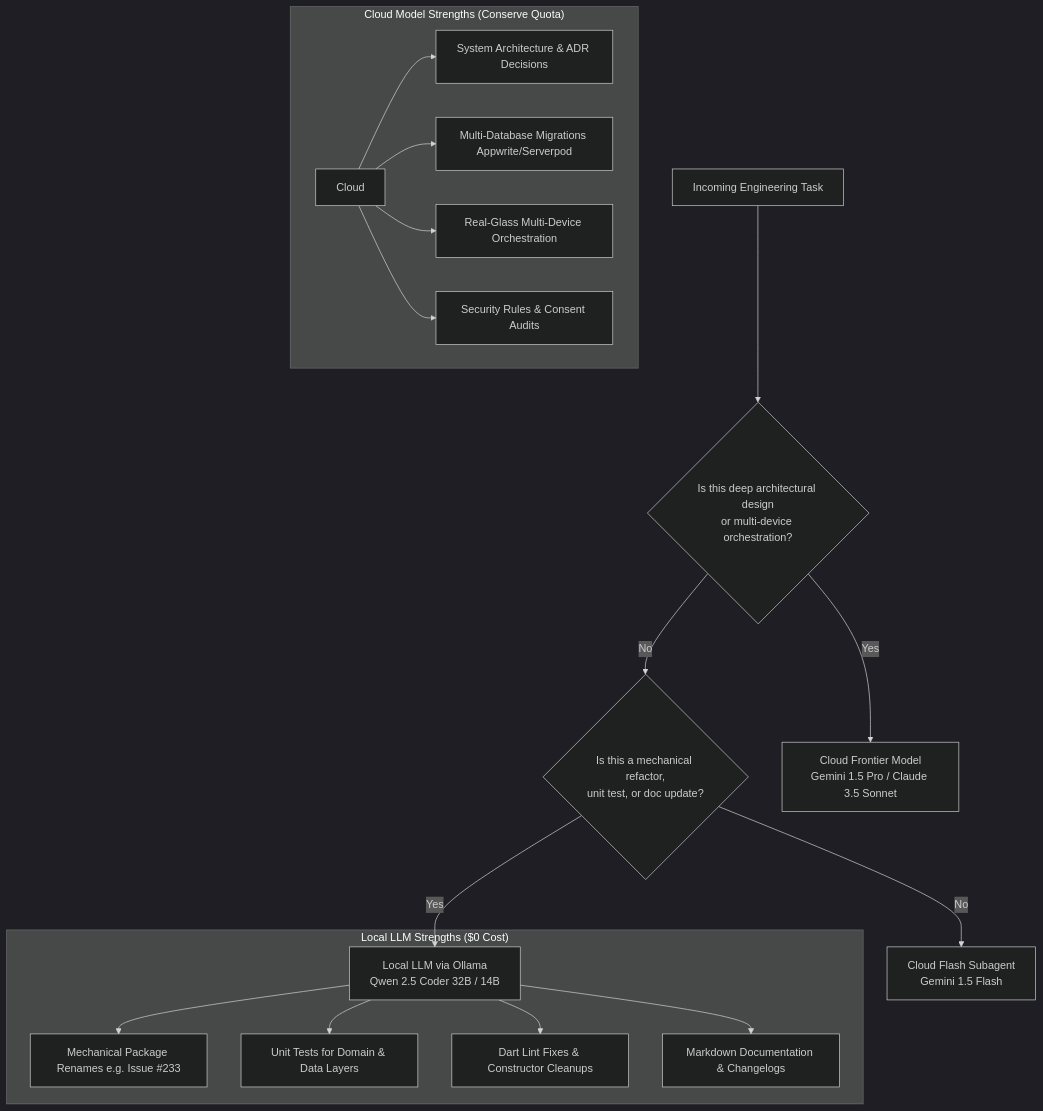
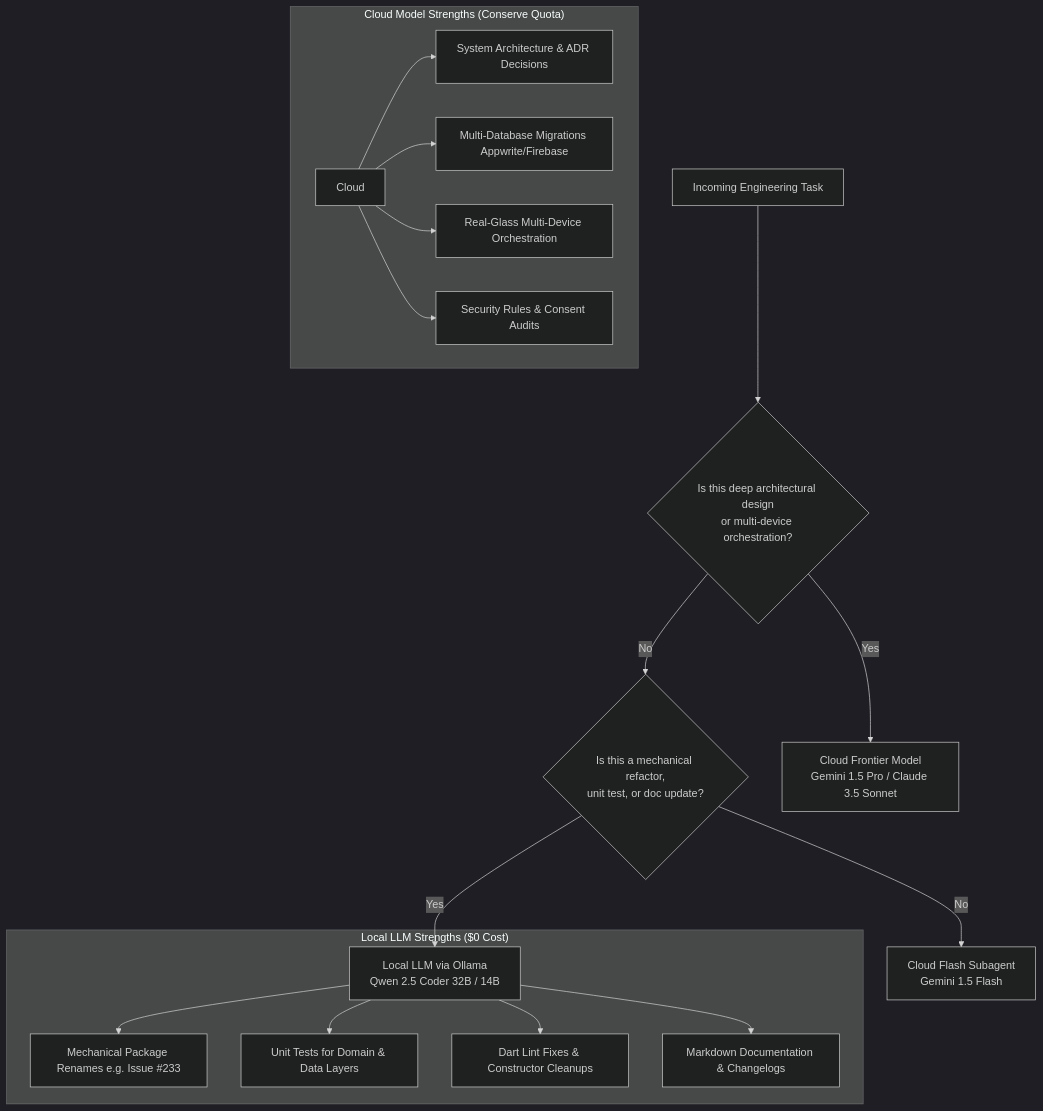
Before and after one commit to neiljaywarner/refuge: the diagram in docs/wiki/Local-LLMs-and-Token-Quota-Preservation.md, drawn with Mermaid (dark theme). The commit also changed other lines of this file and 203 other files, not shown here.

First line of the commit message:
Remove the expired Serverpod cloud backend (#953) (#957)

````diff
--- a/docs/wiki/Local-LLMs-and-Token-Quota-Preservation.md
+++ b/docs/wiki/Local-LLMs-and-Token-Quota-Preservation.md
@@ -48,24 +48,24 @@
 ```mermaid
 flowchart TD
     Task[Incoming Engineering Task] --> Complexity{Is this deep architectural design\nor multi-device orchestration?}
 
     Complexity -- No --> Mechanical{Is this a mechanical refactor,\nunit test, or doc update?}
     Mechanical -- Yes --> Local[Local LLM via Ollama\nQwen 2.5 Coder 32B / 14B]
     Mechanical -- No --> Subagent[Cloud Flash Subagent\nGemini 1.5 Flash]
 
     Complexity -- Yes --> CloudLead[Cloud Frontier Model\nGemini 1.5 Pro / Claude 3.5 Sonnet]
 
     subgraph "Local LLM Strengths ($0 Cost)"
         Local --> L1[Mechanical Package Renames e.g. Issue #233]
         Local --> L2[Unit Tests for Domain & Data Layers]
         Local --> L3[Dart Lint Fixes & Constructor Cleanups]
         Local --> L4[Markdown Documentation & Changelogs]
     end
 
     subgraph "Cloud Model Strengths (Conserve Quota)"
         Cloud --> C1[System Architecture & ADR Decisions]
-        Cloud --> C2[Multi-Database Migrations Appwrite/Serverpod]
+        Cloud --> C2[Multi-Database Migrations Appwrite/Firebase]
         Cloud --> C3[Real-Glass Multi-Device Orchestration]
         Cloud --> C4[Security Rules & Consent Audits]
     end
 ```
````
